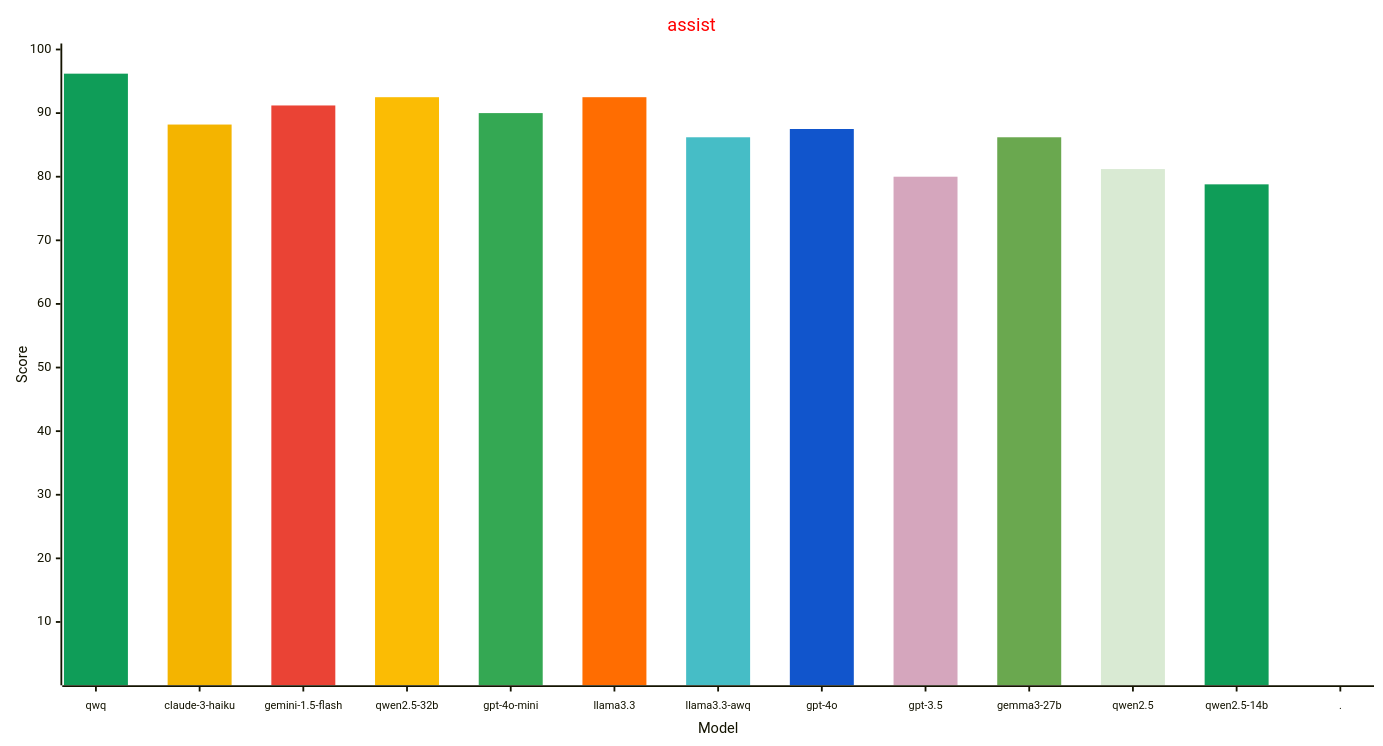
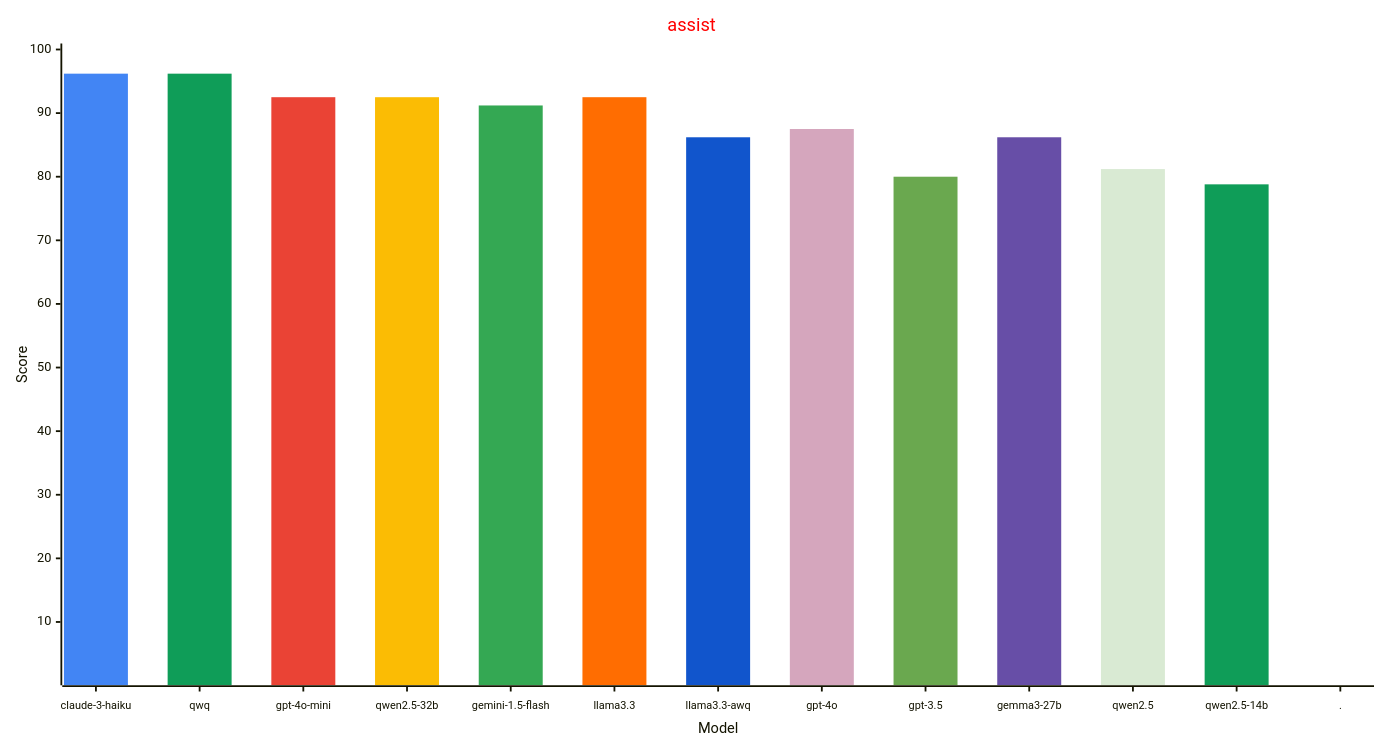
The first of 3 diagrams in reports/README.md (allenporter/home-assistant-datasets), drawn with Mermaid before and after one commit. The commit also changed other lines of this file and 3 other files, not shown here.

````diff
--- a/reports/README.md
+++ b/reports/README.md
@@ -55,33 +55,33 @@
 ```mermaid
 ---
 config:
     xyChart:
         width: 1500
         height: 800
         xAxis:
           labelFontSize: 12
           labelPadding: 8
     themeVariables:
         xyChart:
             titleColor: "#ff0000"
-            plotColorPalette: "#0f9d58, #f4b400, #ea4335, #fbbc04, #34a853, #ff6d01, #46bdc6, #1155cc, #d5a6bd, #6aa84f, #d9ead3, #0f9d58, #4285f4"
+            plotColorPalette: "#4285f4, #0f9d58, #ea4335, #fbbc04, #34a853, #ff6d01, #1155cc, #d5a6bd, #6aa84f, #674ea7, #d9ead3, #0f9d58, #4285f4"
 
 ---
 xychart-beta
   title "assist"
-  x-axis "Model" [qwq, claude-3-haiku, gemini-1.5-flash, qwen2.5-32b, gpt-4o-mini, llama3.3, llama3.3-awq, gpt-4o, gpt-3.5, gemma3-27b, qwen2.5, qwen2.5-14b, .]
+  x-axis "Model" [claude-3-haiku, qwq, gpt-4o-mini, qwen2.5-32b, gemini-1.5-flash, llama3.3, llama3.3-awq, gpt-4o, gpt-3.5, gemma3-27b, qwen2.5, qwen2.5-14b, .]
   y-axis "Score" 1 --> 100
   bar [96.2, 0.0, 0.0, 0.0, 0.0, 0.0, 0.0, 0.0, 0.0, 0.0, 0.0, 0.0, 0.0]
-  bar [0.0, 88.2, 0.0, 0.0, 0.0, 0.0, 0.0, 0.0, 0.0, 0.0, 0.0, 0.0, 0.0]
-  bar [0.0, 0.0, 91.2, 0.0, 0.0, 0.0, 0.0, 0.0, 0.0, 0.0, 0.0, 0.0, 0.0]
+  bar [0.0, 96.2, 0.0, 0.0, 0.0, 0.0, 0.0, 0.0, 0.0, 0.0, 0.0, 0.0, 0.0]
+  bar [0.0, 0.0, 92.5, 0.0, 0.0, 0.0, 0.0, 0.0, 0.0, 0.0, 0.0, 0.0, 0.0]
   bar [0.0, 0.0, 0.0, 92.5, 0.0, 0.0, 0.0, 0.0, 0.0, 0.0, 0.0, 0.0, 0.0]
-  bar [0.0, 0.0, 0.0, 0.0, 90.0, 0.0, 0.0, 0.0, 0.0, 0.0, 0.0, 0.0, 0.0]
+  bar [0.0, 0.0, 0.0, 0.0, 91.2, 0.0, 0.0, 0.0, 0.0, 0.0, 0.0, 0.0, 0.0]
   bar [0.0, 0.0, 0.0, 0.0, 0.0, 92.5, 0.0, 0.0, 0.0, 0.0, 0.0, 0.0, 0.0]
   bar [0.0, 0.0, 0.0, 0.0, 0.0, 0.0, 86.2, 0.0, 0.0, 0.0, 0.0, 0.0, 0.0]
   bar [0.0, 0.0, 0.0, 0.0, 0.0, 0.0, 0.0, 87.5, 0.0, 0.0, 0.0, 0.0, 0.0]
   bar [0.0, 0.0, 0.0, 0.0, 0.0, 0.0, 0.0, 0.0, 80.0, 0.0, 0.0, 0.0, 0.0]
   bar [0.0, 0.0, 0.0, 0.0, 0.0, 0.0, 0.0, 0.0, 0.0, 86.2, 0.0, 0.0, 0.0]
   bar [0.0, 0.0, 0.0, 0.0, 0.0, 0.0, 0.0, 0.0, 0.0, 0.0, 81.2, 0.0, 0.0]
   bar [0.0, 0.0, 0.0, 0.0, 0.0, 0.0, 0.0, 0.0, 0.0, 0.0, 0.0, 78.8, 0.0]
   bar [0.0, 0.0, 0.0, 0.0, 0.0, 0.0, 0.0, 0.0, 0.0, 0.0, 0.0, 0.0, -1.0]
 ```
````
